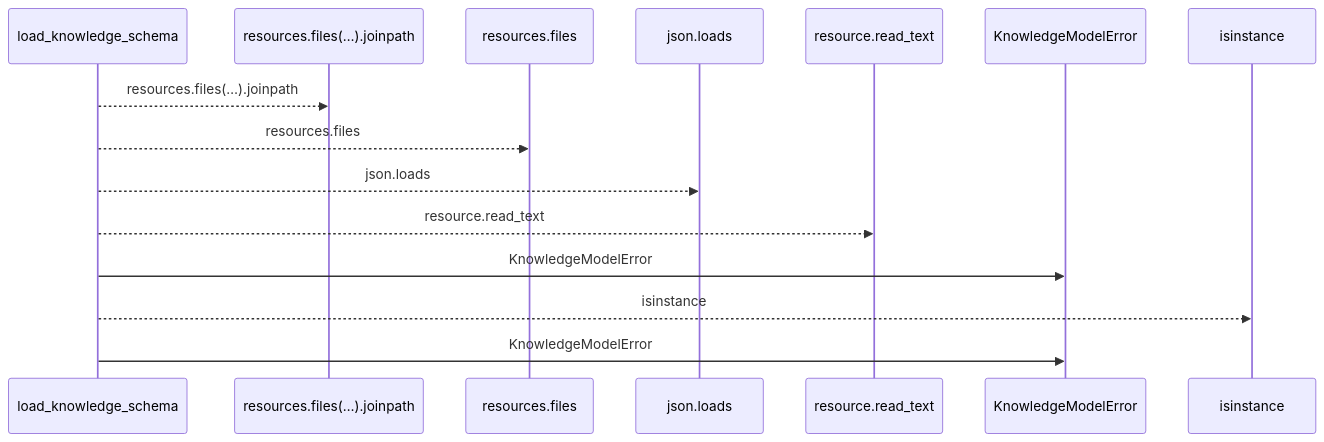
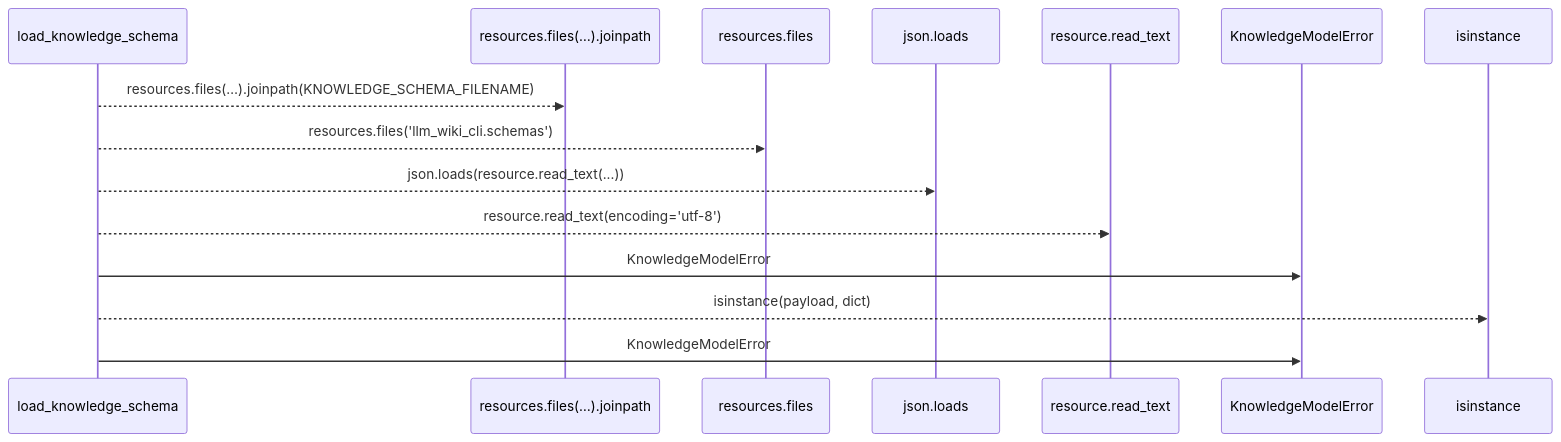
One commit to Denissvgn/python-wiki-llm changed the first of 2 diagrams in docs/llm_wiki/flows/api-load_knowledge_schema.md. Above: the diagram before and after it, drawn with Mermaid. The commit also changed other lines of this file and 1410 other files, not shown here.

````diff
--- a/docs/llm_wiki/flows/api-load_knowledge_schema.md
+++ b/docs/llm_wiki/flows/api-load_knowledge_schema.md
@@ -10,17 +12,17 @@
 ```mermaid
 sequenceDiagram
     participant p0 as load_knowledge_schema
     participant p1 as resources.files(…).joinpath
     participant p2 as resources.files
     participant p3 as json.loads
     participant p4 as resource.read_text
     participant p5 as KnowledgeModelError
     participant p6 as isinstance
-    p0-->>p1: resources.files(…).joinpath
-    p0-->>p2: resources.files
-    p0-->>p3: json.loads
-    p0-->>p4: resource.read_text
+    p0-->>p1: resources.files(…).joinpath(KNOWLEDGE_SCHEMA_FILENAME)
+    p0-->>p2: resources.files('llm_wiki_cli.schemas')
+    p0-->>p3: json.loads(resource.read_text(...))
+    p0-->>p4: resource.read_text(encoding='utf-8')
     p0->>p5: KnowledgeModelError
-    p0-->>p6: isinstance
+    p0-->>p6: isinstance(payload, dict)
     p0->>p5: KnowledgeModelError
 ```
````
